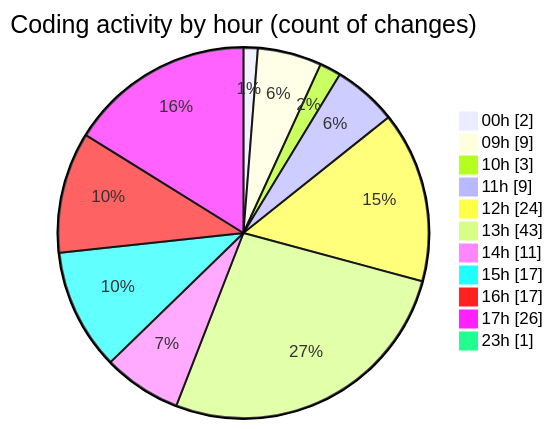
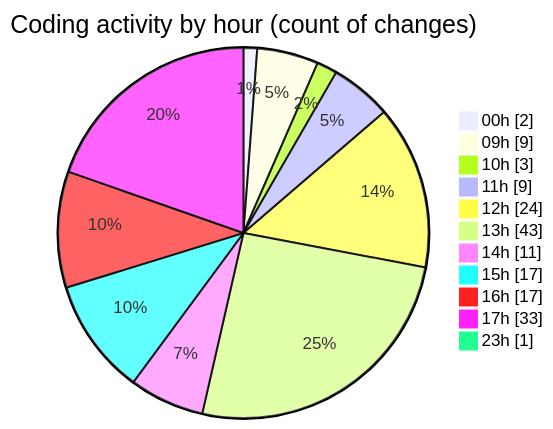
One commit to momahboobian/code-tracking changed the second of 2 diagrams in 2025-07-29/cda/README.md. Above: the diagram before and after it, drawn with Mermaid. The commit also changed other lines of this file and 1 other file, not shown here.

````diff
--- a/2025-07-29/cda/README.md
+++ b/2025-07-29/cda/README.md
@@ -41,15 +41,15 @@
 ```mermaid
 pie showData
 title Coding activity by hour (count of changes)
 "00h" : 2
 "09h" : 9
 "10h" : 3
 "11h" : 9
 "12h" : 24
 "13h" : 43
 "14h" : 11
 "15h" : 17
 "16h" : 17
-"17h" : 26
+"17h" : 33
 "23h" : 1
 ```
````
